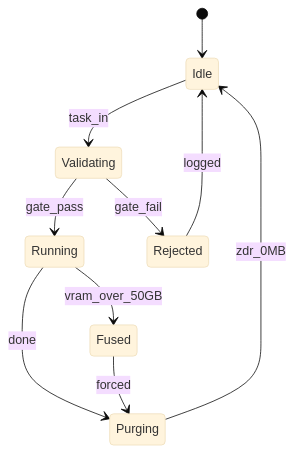
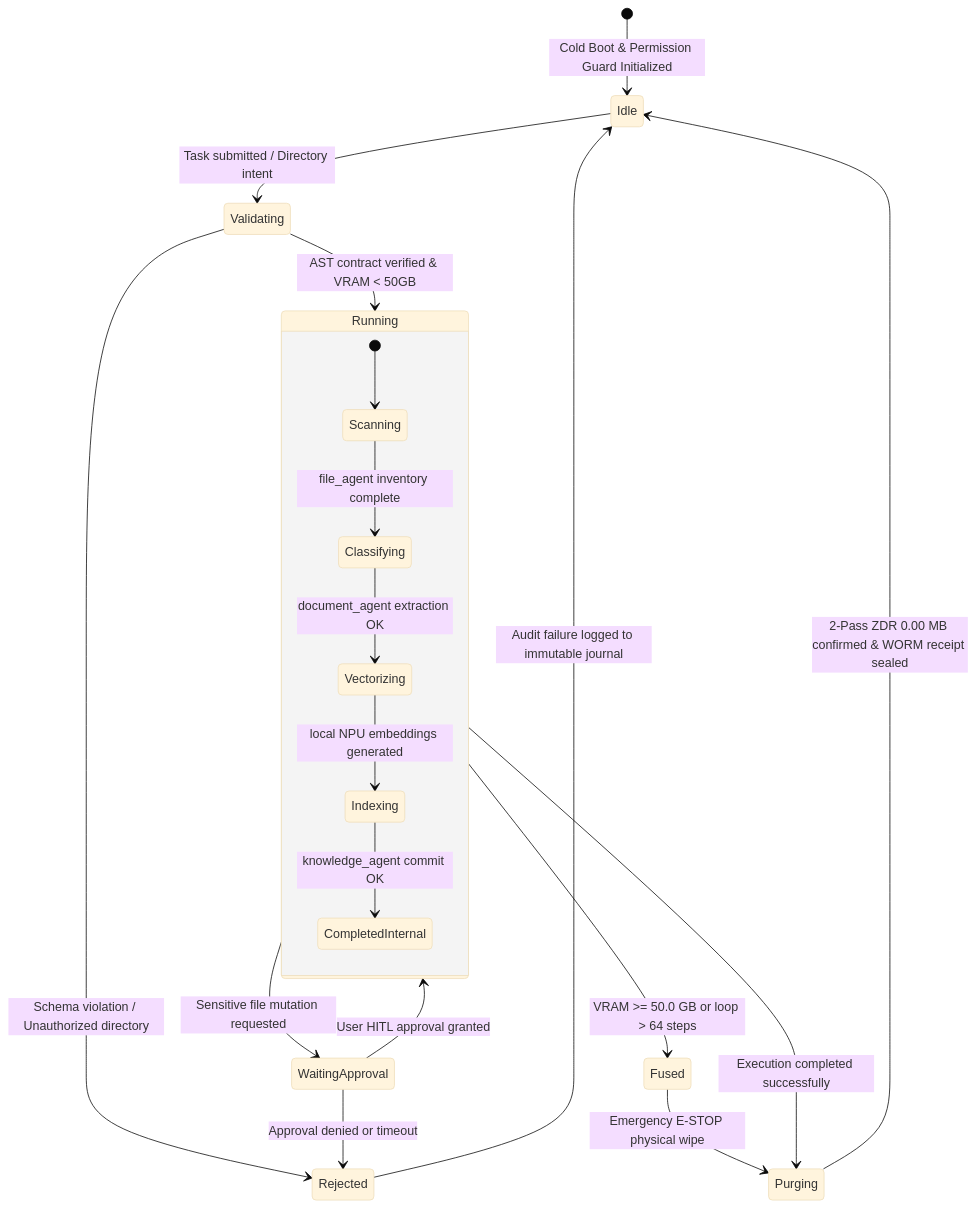
One commit to jackhu24-ship-it/phantom-grid-ugreen-ai-nas changed the third of 4 diagrams in 01_Specs/01_Project_Proposal_Spec.md. Above: the diagram before and after it, drawn with Mermaid (base theme). The commit also changed other lines of this file and 17 other files, not shown here.

Commit message:
feat(submission): official submission update - four diagrams one table whitepaper, 1440p template 03 video manifest, and devpost status

````diff
--- a/01_Specs/01_Project_Proposal_Spec.md
+++ b/01_Specs/01_Project_Proposal_Spec.md
@@ -97,12 +176,27 @@
 ```mermaid
 stateDiagram-v2
-    [*] --> Idle
-    Idle --> Validating: task_in
-    Validating --> Running: gate_pass
-    Validating --> Rejected: gate_fail
-    Running --> Fused: vram_over_50GB
-    Running --> Purging: done
-    Fused --> Purging: forced
-    Purging --> Idle: zdr_0MB
-    Rejected --> Idle: logged
+    [*] --> Idle: Cold Boot & Permission Guard Initialized
+
+    Idle --> Validating: Task submitted / Directory intent
+    Validating --> Running: AST contract verified & VRAM < 50GB
+    Validating --> Rejected: Schema violation / Unauthorized directory
+
+    state Running {
+        [*] --> Scanning
+        Scanning --> Classifying: file_agent inventory complete
+        Classifying --> Vectorizing: document_agent extraction OK
+        Vectorizing --> Indexing: local NPU embeddings generated
+        Indexing --> CompletedInternal: knowledge_agent commit OK
+    }
+
+    Running --> WaitingApproval: Sensitive file mutation requested
+    WaitingApproval --> Running: User HITL approval granted
+    WaitingApproval --> Rejected: Approval denied or timeout
+
+    Running --> Fused: VRAM >= 50.0 GB or loop > 64 steps
+    Running --> Purging: Execution completed successfully
+    Fused --> Purging: Emergency E-STOP physical wipe
+
+    Purging --> Idle: 2-Pass ZDR 0.00 MB confirmed & WORM receipt sealed
+    Rejected --> Idle: Audit failure logged to immutable journal
 ```
````
